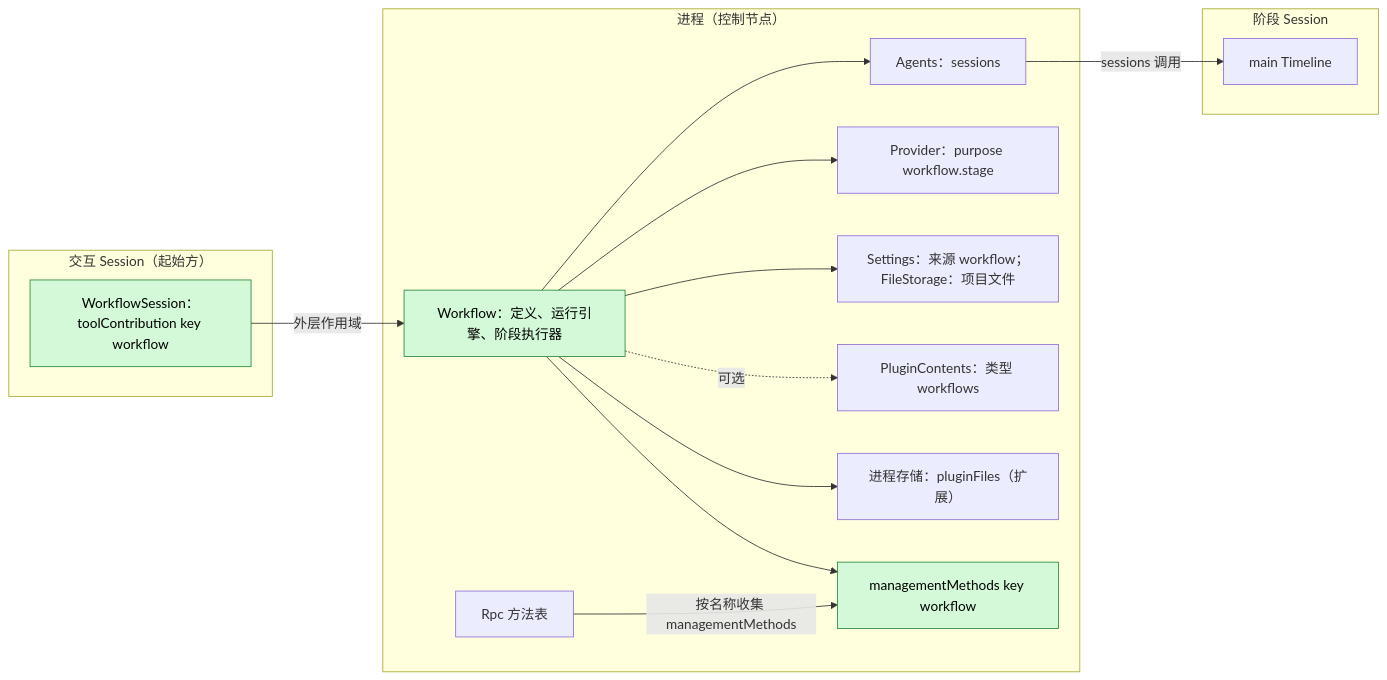
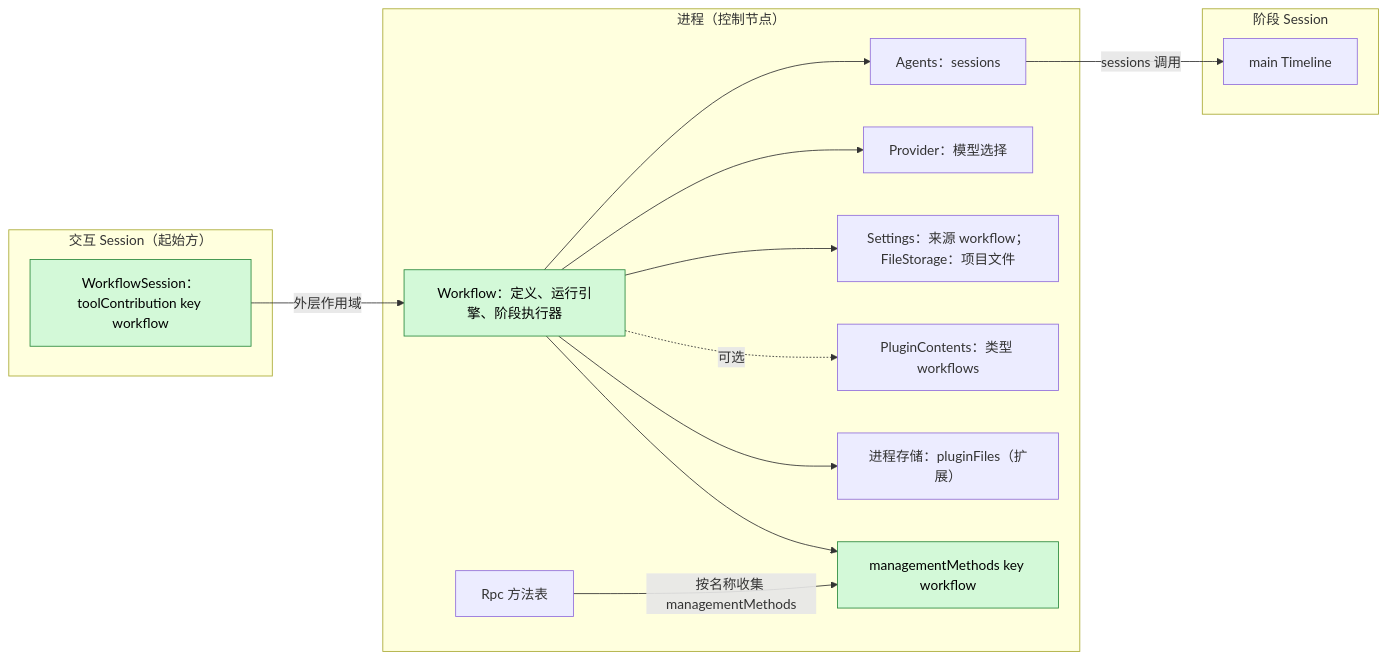
One commit to CoutinhoTTS/dim-agent changed the first of 6 diagrams in docs/zh/design/plugins/Workflow.md. Above: the diagram before and after it, drawn with Mermaid. The commit also changed other lines of this file and 14 other files, not shown here.

````diff
--- a/docs/zh/design/plugins/Workflow.md
+++ b/docs/zh/design/plugins/Workflow.md
@@ -13,30 +13,30 @@
 ```mermaid
 flowchart LR
   subgraph PROC["进程（控制节点）"]
     WF["Workflow：定义、运行引擎、阶段执行器"]
     MM["managementMethods key workflow"]
     Agents["Agents：sessions"]
-    Prov["Provider：purpose workflow.stage"]
+    Prov["Provider：模型选择"]
     Set["Settings：来源 workflow；FileStorage：项目文件"]
     PC["PluginContents：类型 workflows"]
     Store["进程存储：pluginFiles（扩展）"]
     Rpc["Rpc 方法表"]
   end
   subgraph SESS["交互 Session（起始方）"]
     Tool["WorkflowSession：toolContribution key workflow"]
   end
   subgraph STG["阶段 Session"]
     TL["main Timeline"]
   end
   Tool -->|"外层作用域"| WF
   WF --> Agents
   WF --> Prov
   WF --> Set
   WF -.->|"可选"| PC
   WF --> Store
   WF --> MM
   Rpc -->|"按名称收集 managementMethods"| MM
   Agents -->|"sessions 调用"| TL
   classDef new fill:#d3f9d8,stroke:#2b8a3e,color:#000
   class WF,MM,Tool new
 ```
````
